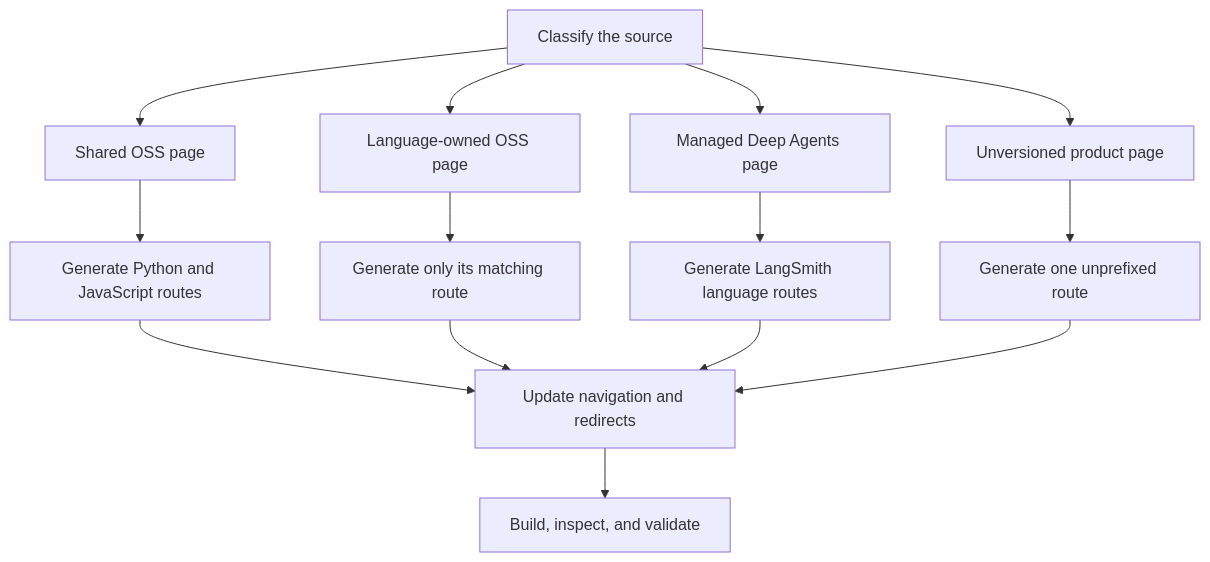
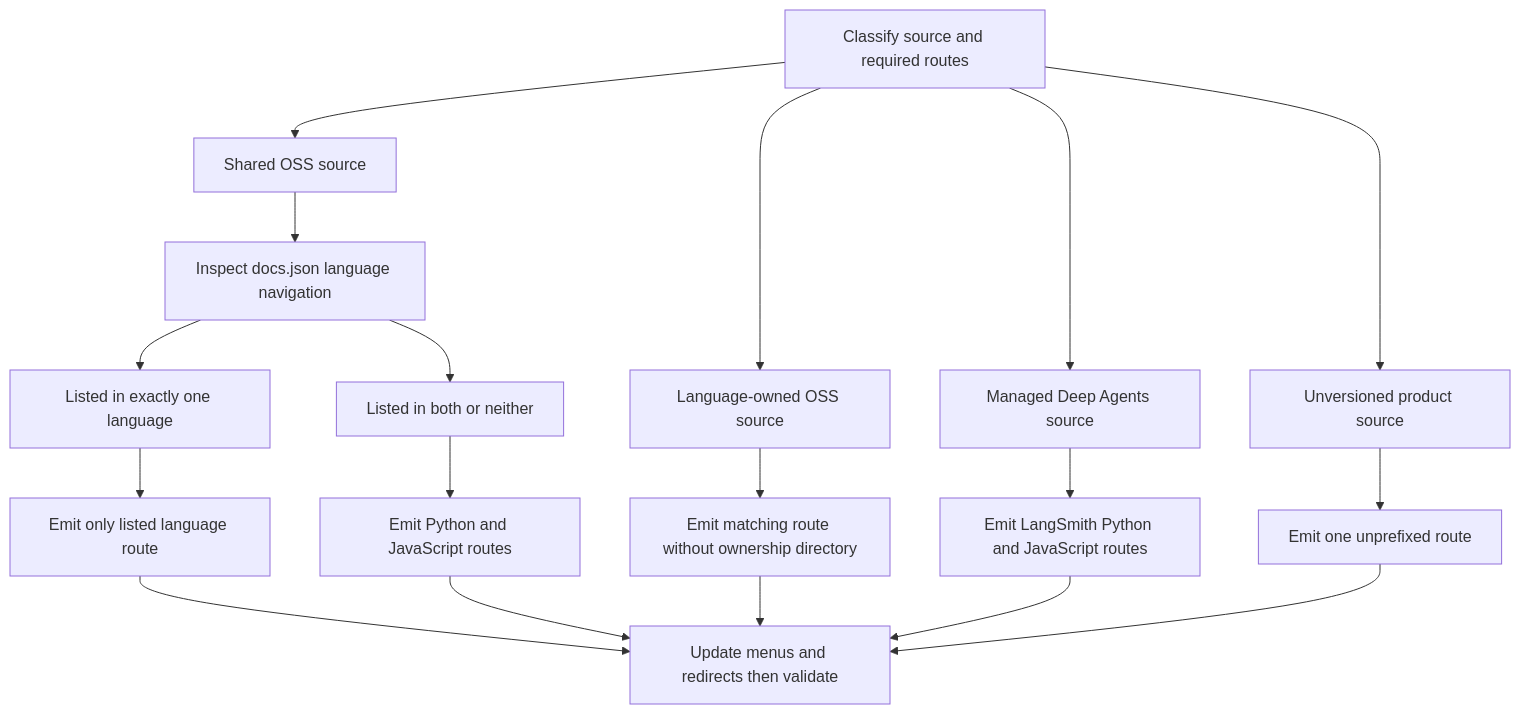
The diagram in openwiki/workflows/versioned-content.md (langchain-ai/docs), drawn with Mermaid before and after one commit. The commit also changed other lines of this file and 45 other files, not shown here.

````diff
--- a/openwiki/workflows/versioned-content.md
+++ b/openwiki/workflows/versioned-content.md
@@ -45,16 +35,20 @@
 ```mermaid
 flowchart TD
-    Start["Classify the source"] --> Shared["Shared OSS page"]
-    Start --> Owned["Language-owned OSS page"]
-    Start --> Managed["Managed Deep Agents page"]
-    Start --> Plain["Unversioned product page"]
-    Shared --> Dual["Generate Python and JavaScript routes"]
-    Owned --> One["Generate only its matching route"]
-    Managed --> ManagedDual["Generate LangSmith language routes"]
-    Plain --> PlainRoute["Generate one unprefixed route"]
-    Dual --> Nav["Update navigation and redirects"]
-    One --> Nav
-    ManagedDual --> Nav
-    PlainRoute --> Nav
-    Nav --> Check["Build, inspect, and validate"]
+    Start["Classify source and required routes"] --> Shared["Shared OSS source"]
+    Start --> Owned["Language-owned OSS source"]
+    Start --> Managed["Managed Deep Agents source"]
+    Start --> Plain["Unversioned product source"]
+    Shared --> NavCheck["Inspect docs.json language navigation"]
+    NavCheck --> OneNav["Listed in exactly one language"]
+    NavCheck --> BothNav["Listed in both or neither"]
+    OneNav --> OneRoute["Emit only listed language route"]
+    BothNav --> DualRoute["Emit Python and JavaScript routes"]
+    Owned --> OwnedRoute["Emit matching route without ownership directory"]
+    Managed --> ManagedRoute["Emit LangSmith Python and JavaScript routes"]
+    Plain --> PlainRoute["Emit one unprefixed route"]
+    OneRoute --> Verify["Update menus and redirects then validate"]
+    DualRoute --> Verify
+    OwnedRoute --> Verify
+    ManagedRoute --> Verify
+    PlainRoute --> Verify
 ```
````
